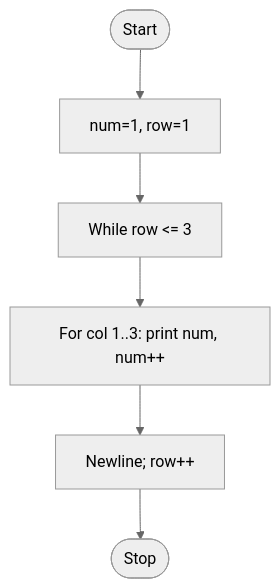
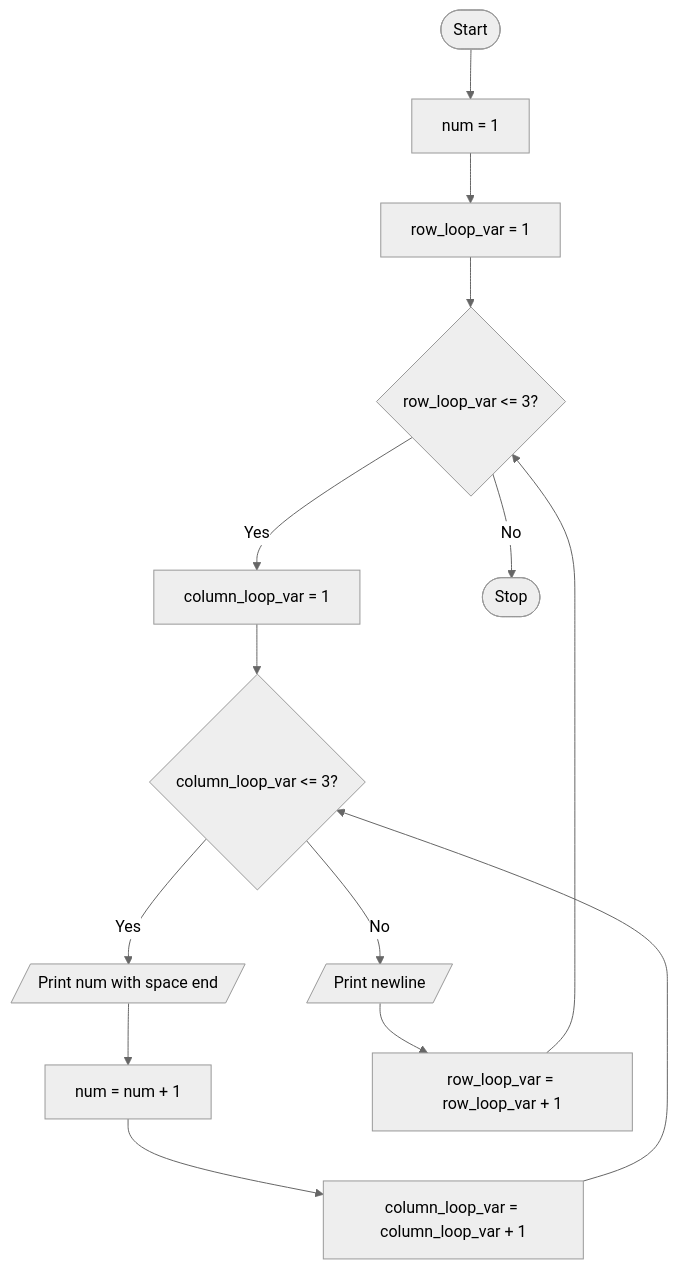
The diagram in .faculty/observations/u2c4wfr.md (asvnphanindra/2026-27_PythonProgrammingCourse), drawn with Mermaid (neutral theme) before and after one commit. The commit also changed 20 other files, not shown here.

Commit message:
Expand Full-observation flowcharts with step-by-step Mermaid detail.

````diff
--- a/.faculty/observations/u2c4wfr.md
+++ b/.faculty/observations/u2c4wfr.md
@@ -45,14 +45,20 @@
 ```mermaid
 flowchart TD
-    N0(["Start"])
-    N1["num=1, row=1"]
-    N2["While row <= 3"]
-    N3["For col 1..3: print num, num++"]
-    N4["Newline; row++"]
-    N5(["Stop"])
-    N0 --> N1
-    N1 --> N2
-    N2 --> N3
-    N3 --> N4
-    N4 --> N5
+Start(["Start"])
+P1["num = 1"]
+P2["row_loop_var = 1"]
+D1{"row_loop_var <= 3?"}
+P3["column_loop_var = 1"]
+D2{"column_loop_var <= 3?"}
+O1[/"Print num with space end"/]
+P4["num = num + 1"]
+P5["column_loop_var = column_loop_var + 1"]
+O2[/"Print newline"/]
+P6["row_loop_var = row_loop_var + 1"]
+Stop(["Stop"])
+Start --> P1 --> P2 --> D1
+D1 -->|Yes| P3 --> D2
+D2 -->|Yes| O1 --> P4 --> P5 --> D2
+D2 -->|No| O2 --> P6 --> D1
+D1 -->|No| Stop
 ```
````
